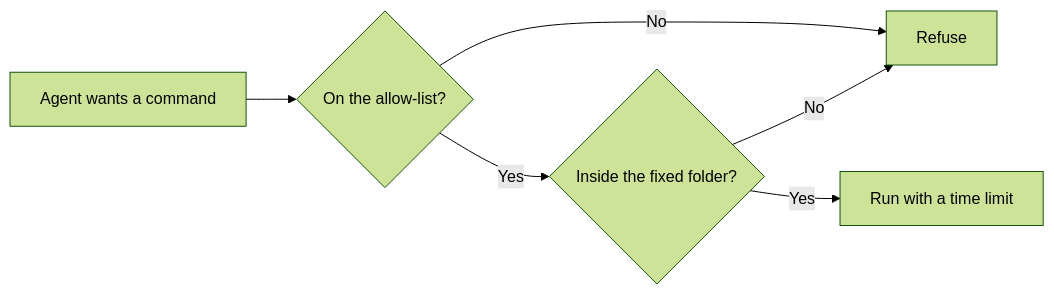
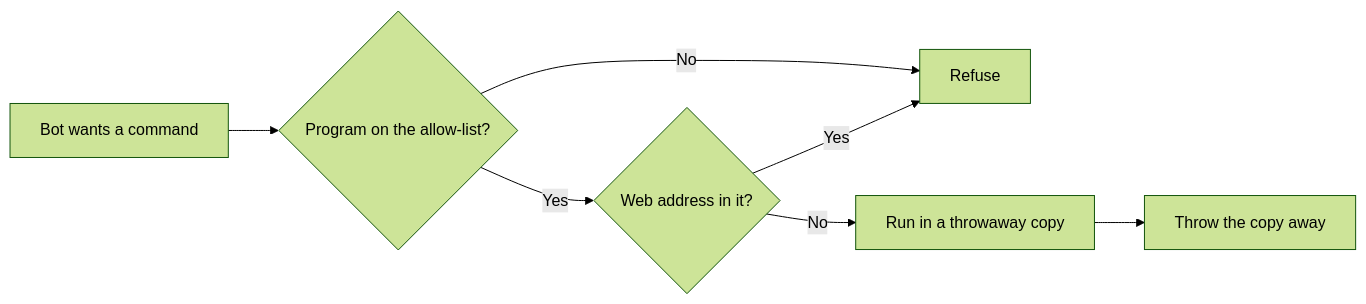
Before and after one commit to learnwithparam/agentic-ai-live-labs: the diagram in docs/labs/06-shell-tool.md, drawn with Mermaid (forest theme). The commit also changed other lines of this file and 59 other files, not shown here.

````diff
--- a/docs/labs/06-shell-tool.md
+++ b/docs/labs/06-shell-tool.md
@@ -7,8 +7,9 @@
 ```mermaid
 flowchart LR
-  A["Agent wants a command"] --> B{"On the allow-list?"}
+  A["Bot wants a command"] --> B{"Program on the allow-list?"}
   B -->|"No"| X["Refuse"]
-  B -->|"Yes"| C{"Inside the fixed folder?"}
-  C -->|"No"| X
-  C -->|"Yes"| D["Run with a time limit"]
+  B -->|"Yes"| C{"Web address in it?"}
+  C -->|"Yes"| X
+  C -->|"No"| D["Run in a throwaway copy"]
+  D --> E["Throw the copy away"]
 ```
````
